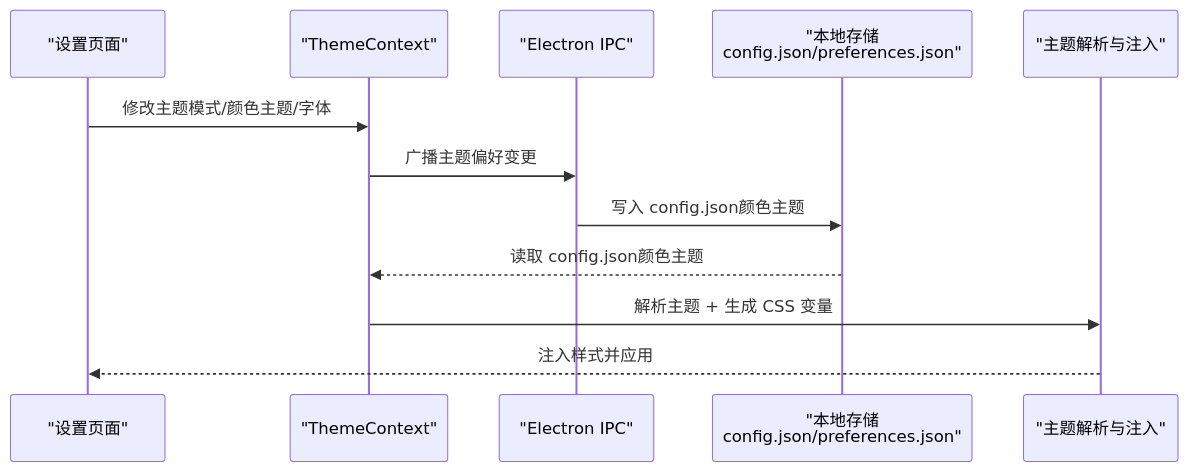
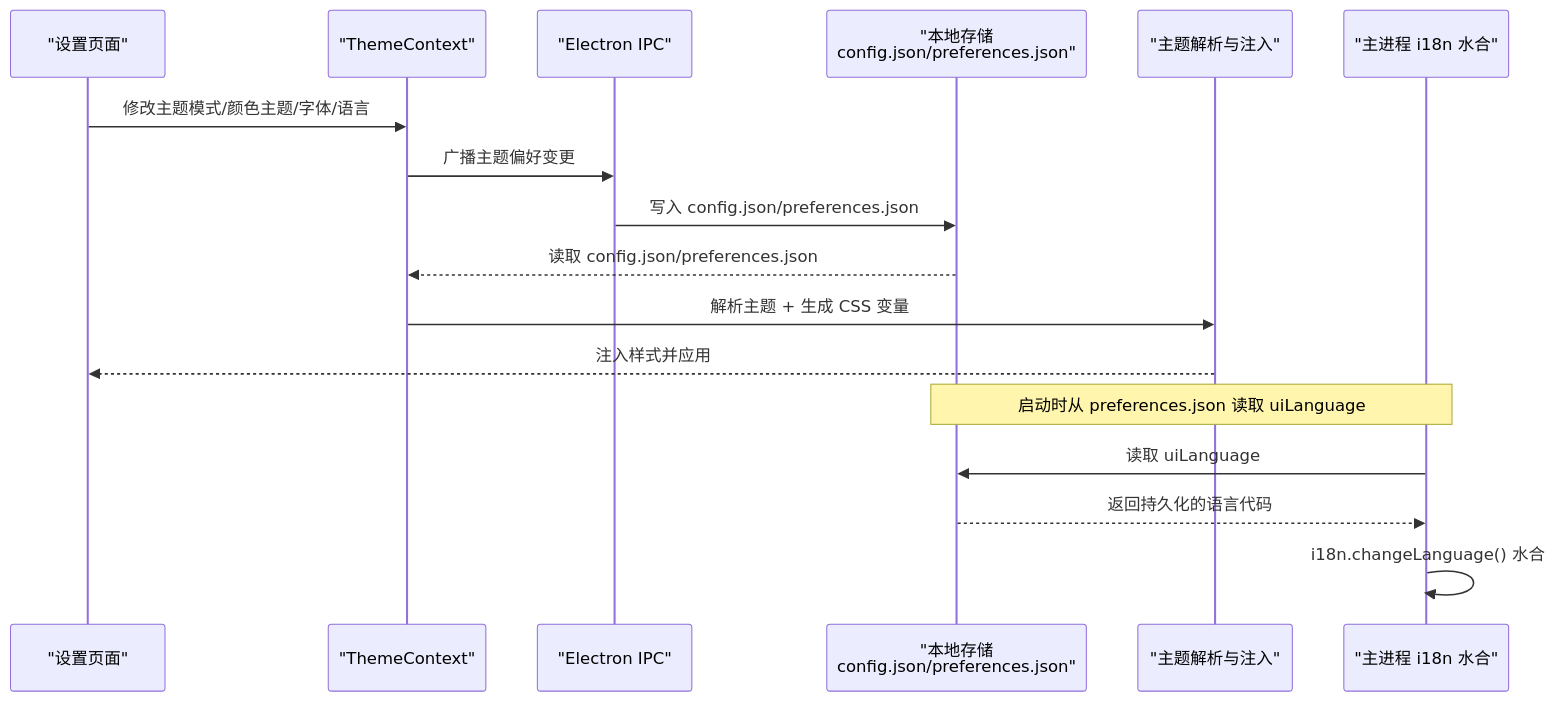
Before and after one commit to haolange/craft-agents-oss: the second of 10 diagrams in .qoder/repowiki/zh/content/配置和设置/用户偏好设置.md, drawn with Mermaid. The commit also changed other lines of this file and 5 other files, not shown here.

````diff
--- a/.qoder/repowiki/zh/content/配置和设置/用户偏好设置.md
+++ b/.qoder/repowiki/zh/content/配置和设置/用户偏好设置.md
@@ -126,14 +146,19 @@
 ```mermaid
 sequenceDiagram
 participant UI as "设置页面"
 participant Ctx as "ThemeContext"
 participant IPC as "Electron IPC"
 participant Store as "本地存储<br/>config.json/preferences.json"
 participant Theme as "主题解析与注入"
-UI->>Ctx : 修改主题模式/颜色主题/字体
+participant MainI18n as "主进程 i18n 水合"
+UI->>Ctx : 修改主题模式/颜色主题/字体/语言
 Ctx->>IPC : 广播主题偏好变更
-IPC->>Store : 写入 config.json颜色主题
-Store-->>Ctx : 读取 config.json颜色主题
+IPC->>Store : 写入 config.json/preferences.json
+Store-->>Ctx : 读取 config.json/preferences.json
 Ctx->>Theme : 解析主题 + 生成 CSS 变量
 Theme-->>UI : 注入样式并应用
+Note over MainI18n,Store : 启动时从 preferences.json 读取 uiLanguage
+MainI18n->>Store : 读取 uiLanguage
+Store-->>MainI18n : 返回持久化的语言代码
+MainI18n->>MainI18n : i18n.changeLanguage() 水合
 ```
````
